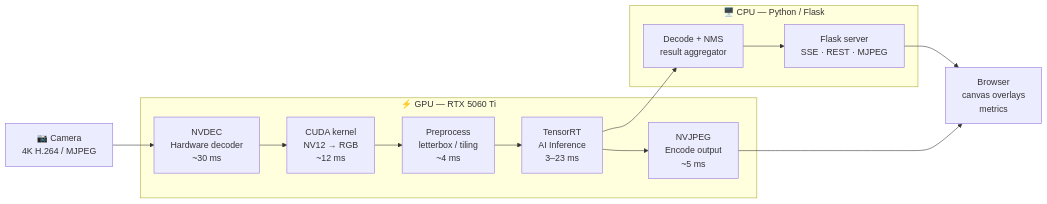
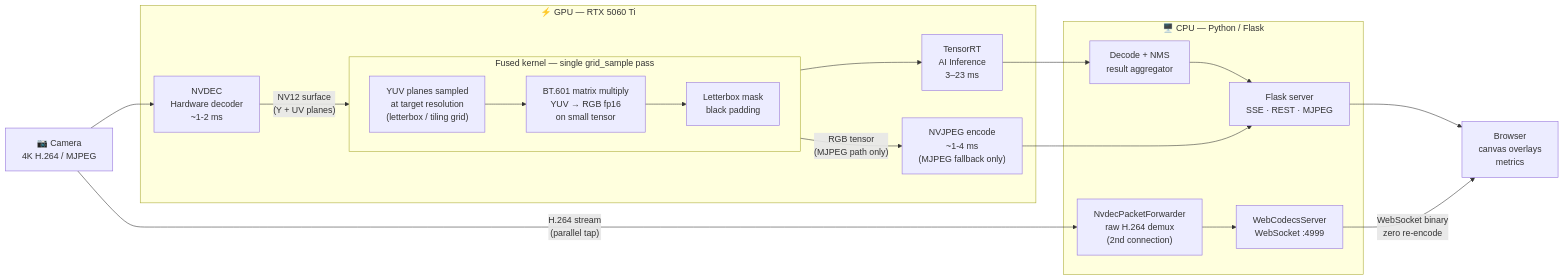
Before and after one commit to Nutz95/PeopleCounter: the second of 4 diagrams in app_v2/docs/MAKER_FAIRE.md, drawn with Mermaid. The commit also changed other lines of this file, not shown here.

Commit message:
feat: Optimize GPU pipeline with fused kernel and improved NVDEC performance

````diff
--- a/app_v2/docs/MAKER_FAIRE.md
+++ b/app_v2/docs/MAKER_FAIRE.md
@@ -54,23 +54,36 @@
 ```mermaid
 flowchart LR
     cam["📷 Camera<br/>4K H.264 / MJPEG"]
 
     subgraph gpu["⚡ GPU — RTX 5060 Ti"]
-        nvdec["NVDEC<br/>Hardware decoder<br/>~30 ms"]
-        bridge["CUDA kernel<br/>NV12 → RGB<br/>~12 ms"]
-        preproc["Preprocess<br/>letterbox / tiling<br/>~4 ms"]
+        nvdec["NVDEC<br/>Hardware decoder<br/>~1-2 ms"]
+
+        subgraph fused["Fused kernel — single grid_sample pass"]
+            direction LR
+            sample["YUV planes sampled<br/>at target resolution<br/>(letterbox / tiling grid)"]
+            yuv2rgb["BT.601 matrix multiply<br/>YUV → RGB fp16<br/>on small tensor"]
+            lbmask["Letterbox mask<br/>black padding"]
+            sample --> yuv2rgb --> lbmask
+        end
+
         trt["TensorRT<br/>AI Inference<br/>3–23 ms"]
-        nvjpeg["NVJPEG<br/>Encode output<br/>~5 ms"]
+        nvjpeg["NVJPEG encode<br/>~1-4 ms<br/>(MJPEG fallback only)"]
     end
 
     subgraph cpu["🖥️ CPU — Python / Flask"]
         agg["Decode + NMS<br/>result aggregator"]
         flask["Flask server<br/>SSE · REST · MJPEG"]
+        fwd["NvdecPacketForwarder<br/>raw H.264 demux<br/>(2nd connection)"]
+        wcs["WebCodecsServer<br/>WebSocket :4999"]
     end
 
     browser["Browser<br/>canvas overlays<br/>metrics"]
 
-    cam --> nvdec --> bridge --> preproc --> trt --> nvjpeg
+    cam --> nvdec
+    nvdec -->|"NV12 surface<br/>(Y + UV planes)"| fused --> trt
     trt --> agg --> flask --> browser
-    nvjpeg --> browser
+    fused -->|"RGB tensor<br/>(MJPEG path only)"| nvjpeg --> flask
+
+    cam -->|"H.264 stream<br/>(parallel tap)"| fwd --> wcs
+    wcs -->|"WebSocket binary<br/>zero re-encode"| browser
 ```
````
